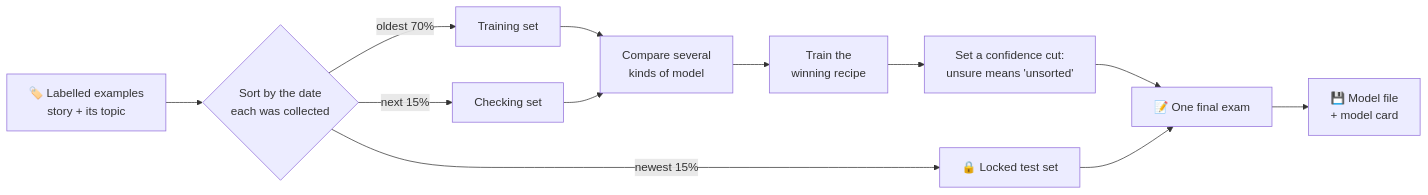
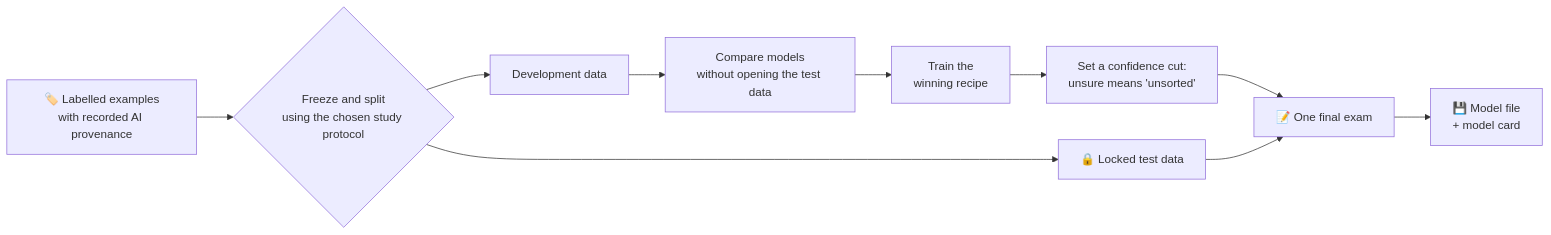
Before and after one commit to mhd-riaz/news-bot: the fourth of 4 diagrams in README.md, drawn with Mermaid. The commit also changed other lines of this file and 60 other files, not shown here.

````diff
--- a/README.md
+++ b/README.md
@@ -396,14 +452,12 @@
 ```mermaid
 flowchart LR
-    E["🏷️ Labelled examples<br/>story + its topic"] --> SPLIT{"Sort by the date<br/>each was collected"}
-    SPLIT -- "oldest 70%" --> TR["Training set"]
-    SPLIT -- "next 15%" --> CH["Checking set"]
-    SPLIT -- "newest 15%" --> LK["🔒 Locked test set"]
-    TR --> TRY["Compare several<br/>kinds of model"]
-    CH --> TRY
+    E["🏷️ Labelled examples<br/>with recorded AI provenance"] --> SPLIT{"Freeze and split<br/>using the chosen study protocol"}
+    SPLIT --> TR["Development data"]
+    SPLIT --> LK["🔒 Locked test data"]
+    TR --> TRY["Compare models<br/>without opening the test data"]
     TRY --> FIT["Train the<br/>winning recipe"]
     FIT --> TUNE["Set a confidence cut:<br/>unsure means 'unsorted'"]
     TUNE --> EXAM["📝 One final exam"]
     LK --> EXAM
     EXAM --> OUT["💾 Model file<br/>+ model card"]
 ```
````
